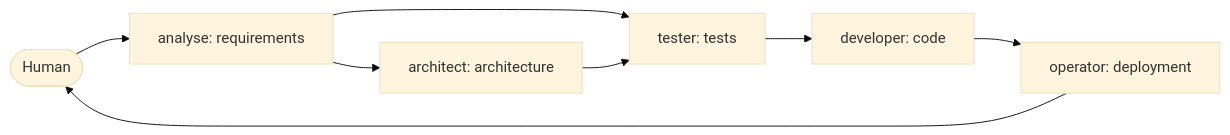
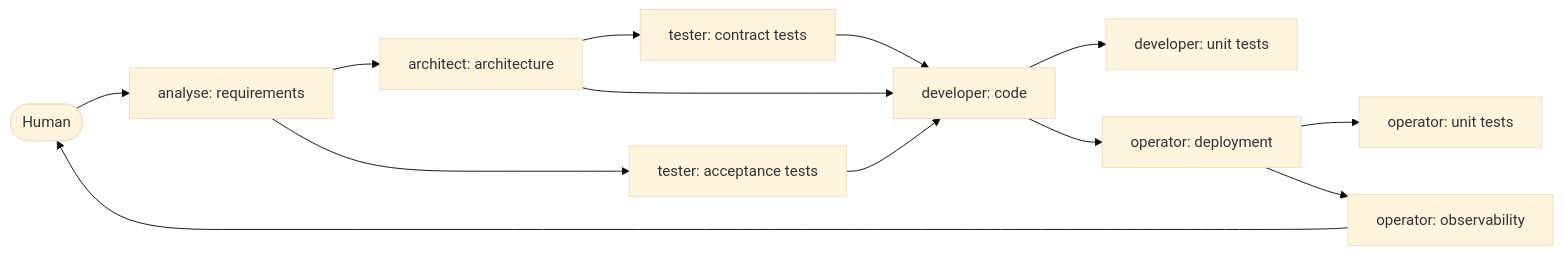
The diagram in DESIGN.md (ChBrain/KAAL), drawn with Mermaid (base theme) before and after one commit. The commit also changed other lines of this file, not shown here.

````diff
--- a/DESIGN.md
+++ b/DESIGN.md
@@ -205,10 +205,15 @@
 ```mermaid
 flowchart LR
   H([Human]) --> R
   R[analyse: requirements] --> A[architect: architecture]
-  R --> T[tester: tests]
-  A --> T
-  T --> C[developer: code]
+  R --> TA[tester: acceptance tests]
+  A --> TC[tester: contract tests]
+  A --> C[developer: code]
+  TA --> C
+  TC --> C
+  C --> U[developer: unit tests]
   C --> D[operator: deployment]
-  D --> H
+  D --> DU[operator: unit tests]
+  D --> O[operator: observability]
+  O --> H
 ```
````
